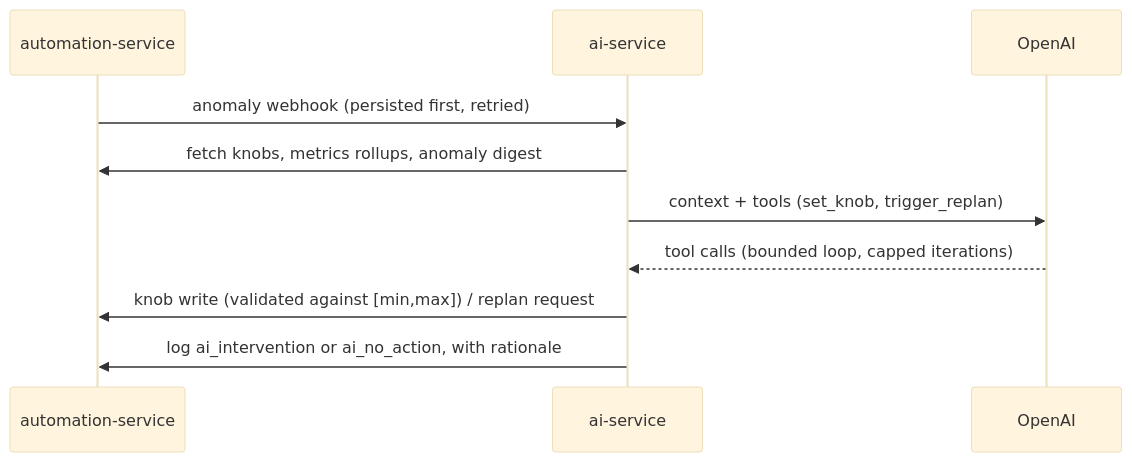
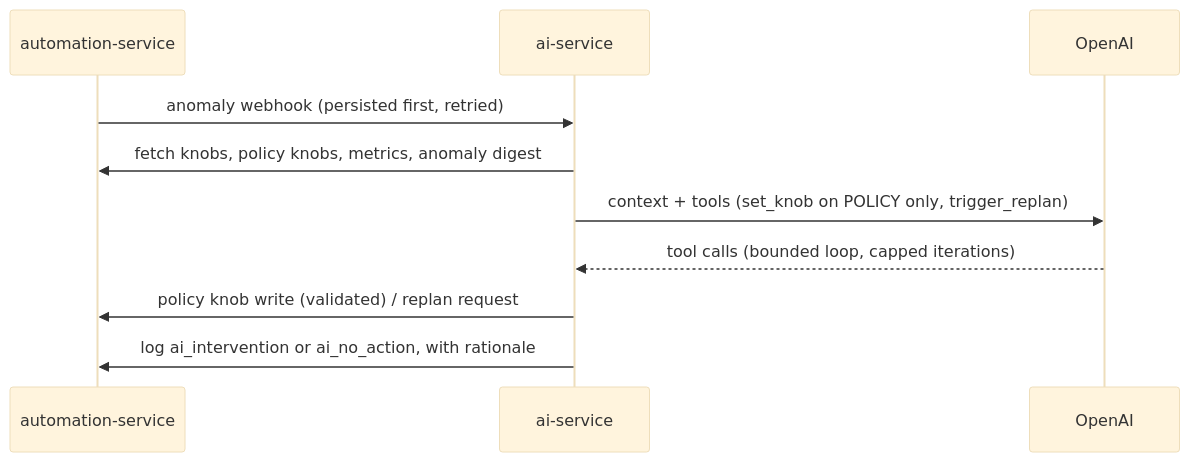
The second of 2 diagrams in docs/algorithms.md (V-M-Pioneer-Trading/meta), drawn with Mermaid (base theme) before and after one commit. The commit also changed other lines of this file and 3 other files, not shown here.

````diff
--- a/docs/algorithms.md
+++ b/docs/algorithms.md
@@ -185,13 +322,13 @@
 ```mermaid
 sequenceDiagram
     participant AUTO as automation-service
     participant AI as ai-service
     participant OAI as OpenAI
 
     AUTO->>AI: anomaly webhook (persisted first, retried)
-    AI->>AUTO: fetch knobs, metrics rollups, anomaly digest
-    AI->>OAI: context + tools (set_knob, trigger_replan)
+    AI->>AUTO: fetch knobs, policy knobs, metrics, anomaly digest
+    AI->>OAI: context + tools (set_knob on POLICY only, trigger_replan)
     OAI-->>AI: tool calls (bounded loop, capped iterations)
-    AI->>AUTO: knob write (validated against [min,max]) / replan request
+    AI->>AUTO: policy knob write (validated) / replan request
     AI->>AUTO: log ai_intervention or ai_no_action, with rationale
 ```
````
